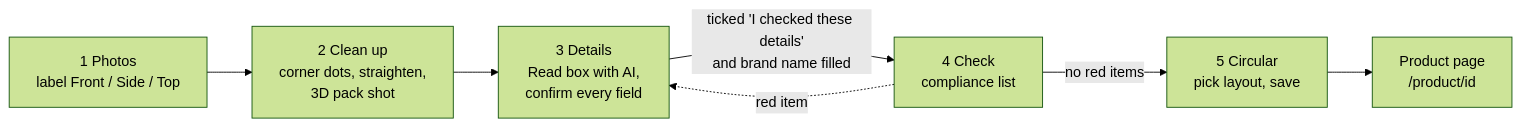
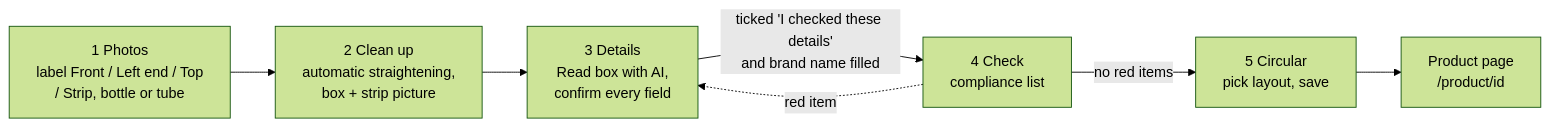
The first of 3 diagrams in docs/WORKFLOWS.md (kollanaveen-ctrl/dawakraft), drawn with Mermaid (forest theme) before and after one commit. The commit also changed other lines of this file and 39 other files, not shown here.

````diff
--- a/docs/WORKFLOWS.md
+++ b/docs/WORKFLOWS.md
@@ -23,9 +23,9 @@
 ```mermaid
 flowchart LR
-  S1[1 Photos<br/>label Front / Side / Top] --> S2[2 Clean up<br/>corner dots, straighten,<br/>3D pack shot]
+  S1[1 Photos<br/>label Front / Left end / Top<br/>/ Strip, bottle or tube] --> S2[2 Clean up<br/>automatic straightening,<br/>box + strip picture]
   S2 --> S3[3 Details<br/>Read box with AI,<br/>confirm every field]
   S3 -->|"ticked 'I checked these details'<br/>and brand name filled"| S4[4 Check<br/>compliance list]
   S4 -->|"no red items"| S5[5 Circular<br/>pick layout, save]
   S5 --> P["Product page<br/>/product/id"]
   S4 -. "red item" .-> S3
 ```
````
